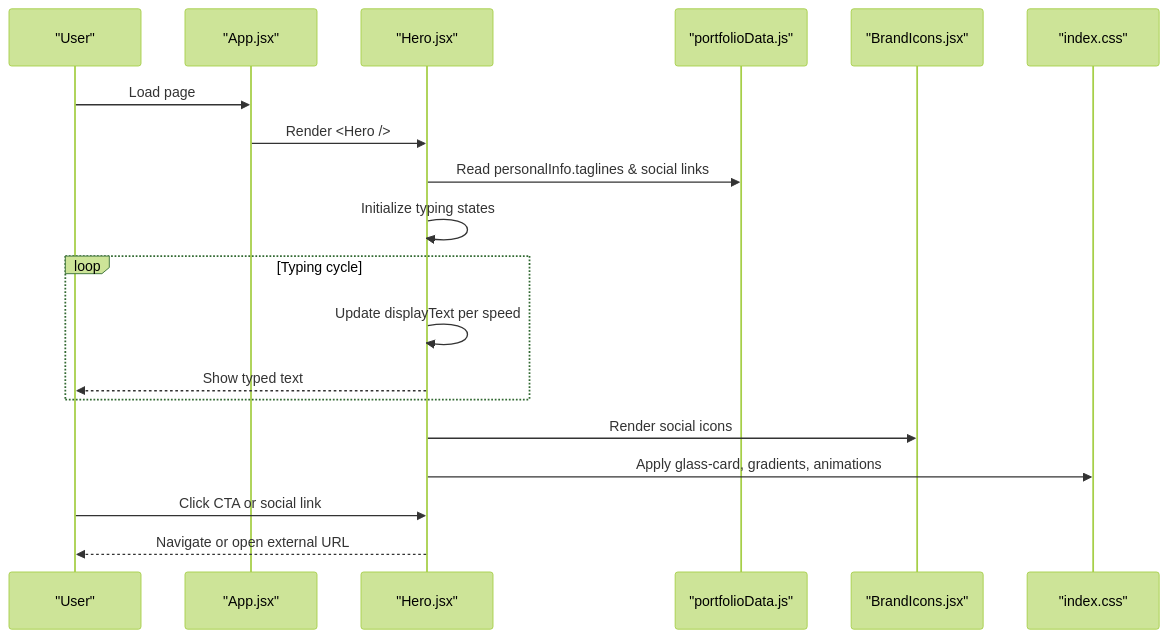
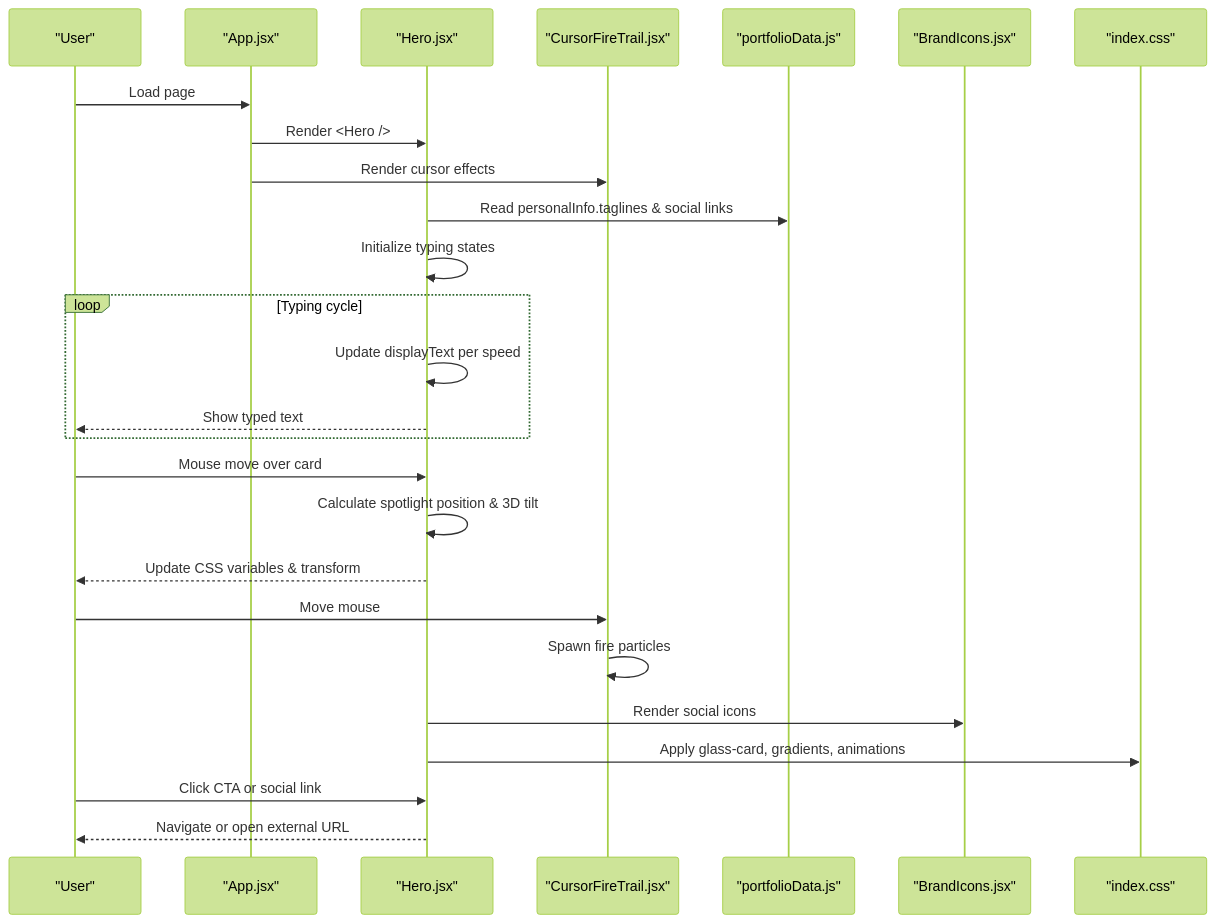
Before and after one commit to Gokulnath33/portfolio: the second of 3 diagrams in .qoder/repowiki/en/content/Core Features/Hero Section.md, drawn with Mermaid (forest theme). The commit also changed other lines of this file and 29 other files, not shown here.

````diff
--- a/.qoder/repowiki/en/content/Core Features/Hero Section.md
+++ b/.qoder/repowiki/en/content/Core Features/Hero Section.md
@@ -90,21 +112,28 @@
 ```mermaid
 sequenceDiagram
 participant User as "User"
 participant App as "App.jsx"
 participant Hero as "Hero.jsx"
+participant CursorTrail as "CursorFireTrail.jsx"
 participant Data as "portfolioData.js"
 participant Icons as "BrandIcons.jsx"
 participant Styles as "index.css"
 User->>App : Load page
 App->>Hero : Render <Hero />
+App->>CursorTrail : Render cursor effects
 Hero->>Data : Read personalInfo.taglines & social links
 Hero->>Hero : Initialize typing states
 loop Typing cycle
 Hero->>Hero : Update displayText per speed
 Hero-->>User : Show typed text
 end
+User->>Hero : Mouse move over card
+Hero->>Hero : Calculate spotlight position & 3D tilt
+Hero-->>User : Update CSS variables & transform
+User->>CursorTrail : Move mouse
+CursorTrail->>CursorTrail : Spawn fire particles
 Hero->>Icons : Render social icons
 Hero->>Styles : Apply glass-card, gradients, animations
 User->>Hero : Click CTA or social link
 Hero-->>User : Navigate or open external URL
 ```
````
